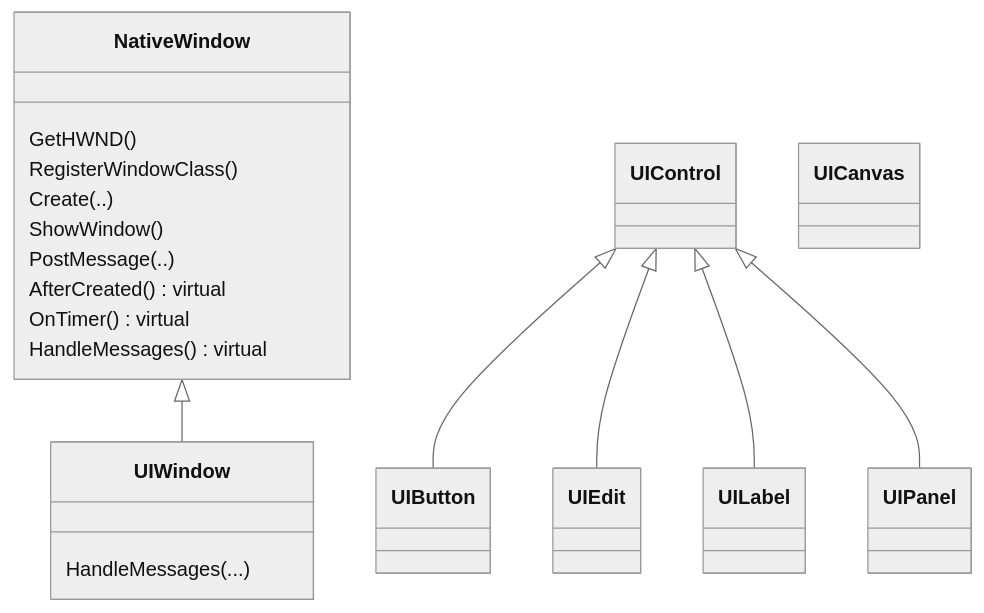
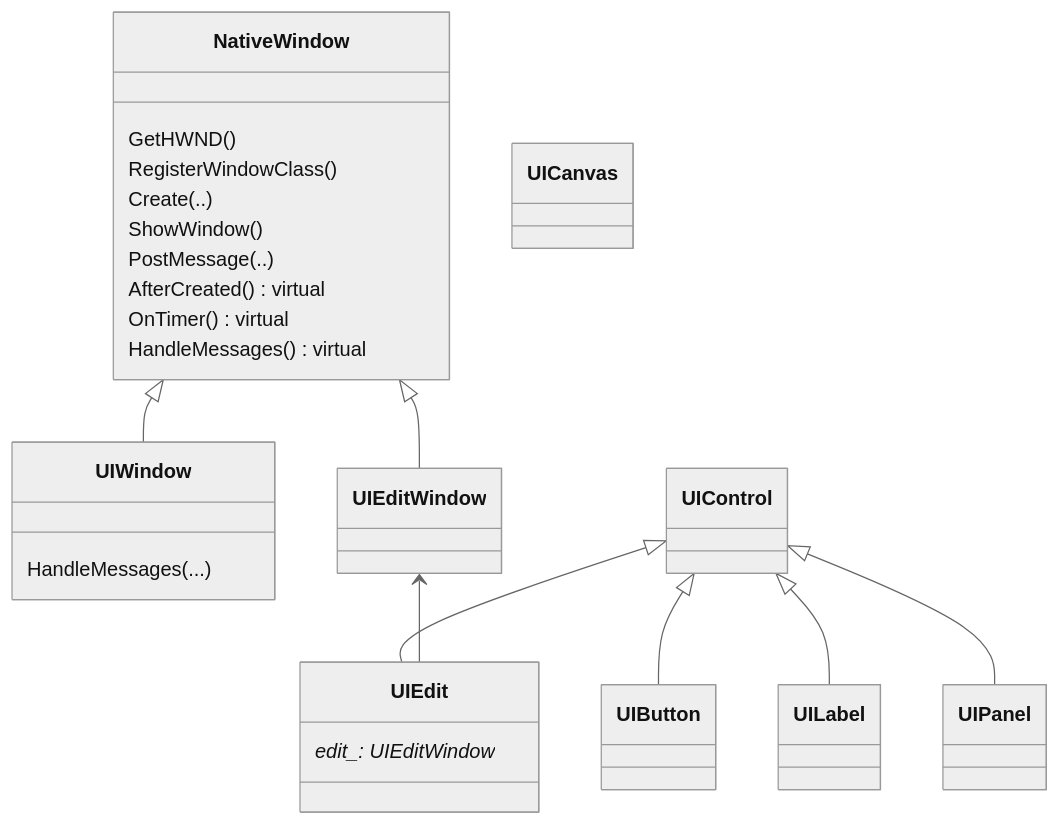
The diagram in _posts/windows/2021-03-26-AUI代码分析.md (cutepig123/cutepig123.github.io), drawn with Mermaid (neutral theme) before and after one commit. The commit also changed 2 other files, not shown here.

````diff
--- a/_posts/windows/2021-03-26-AUI代码分析.md
+++ b/_posts/windows/2021-03-26-AUI代码分析.md
@@ -66,28 +66,34 @@
 ```mermaid
 classDiagram
 NativeWindow <|-- UIWindow
 UIControl <|-- UIButton
 UIControl <|-- UIEdit
 UIControl <|-- UILabel
 UIControl <|-- UIPanel
+NativeWindow <|-- UIEditWindow
+UIEditWindow<-- UIEdit
 
 class NativeWindow{
 	GetHWND()
 	RegisterWindowClass()
 	Create(..)
 	ShowWindow()
 	PostMessage(..)
 	AfterCreated() virtual
 	OnTimer() virtual
 	HandleMessages() virtual
 }
 
 class UIWindow{
 	HandleMessages(...)
 	
 }
 
 class	UICanvas{
 	
 }
+
+class	UIEdit{
+	edit_: UIEditWindow*
+}
 ```
````
